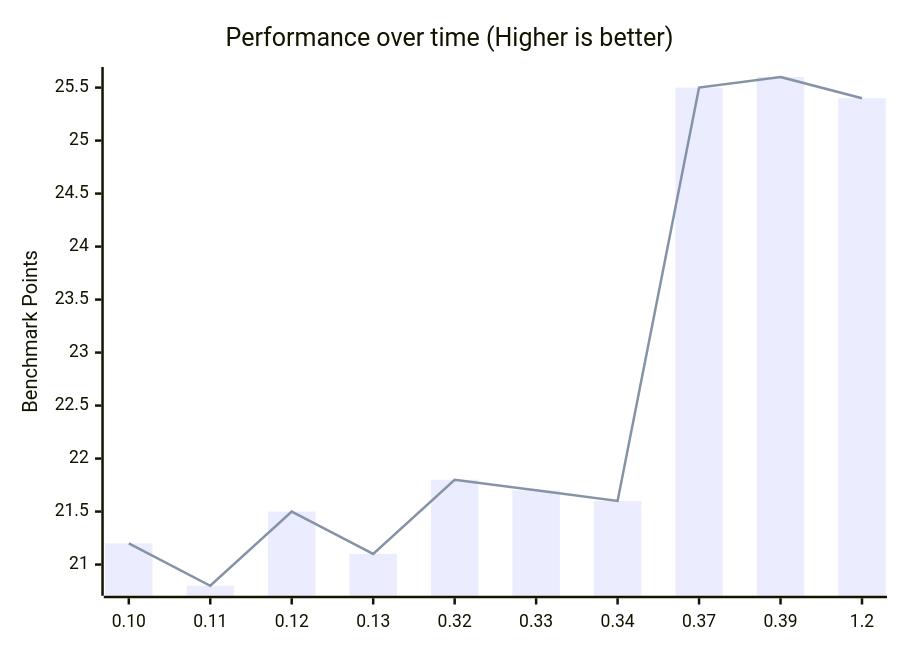
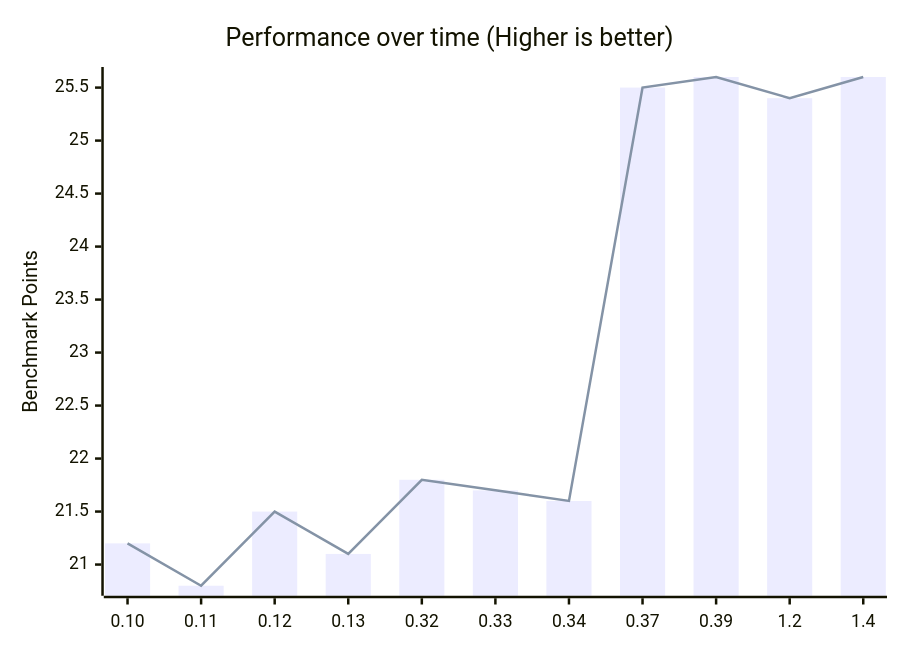
One commit to zen-browser/docs changed the first of 4 diagrams in content/benchmarks.md. Above: the diagram before and after it, drawn with Mermaid. The commit also changed other lines of this file, not shown here.

````diff
--- a/content/benchmarks.md
+++ b/content/benchmarks.md
@@ -37,8 +38,8 @@
 ```mermaid
 xychart-beta
     title "Performance over time (Higher is better)"
-    x-axis [0.10, 0.11, 0.12, 0.13, 0.32, 0.33, 0.34, 0.37, 0.39, 1.2]
+    x-axis [0.10, 0.11, 0.12, 0.13, 0.32, 0.33, 0.34, 0.37, 0.39, 1.2, 1.4]
     y-axis "Benchmark Points"
-    bar [21.2,20.8,21.5,21.1,21.8,21.7,21.6,25.5,25.6,25.4]
-    line [21.2,20.8,21.5,21.1,21.8,21.7,21.6,25.5,25.6,25.4]
+    bar [21.2,20.8,21.5,21.1,21.8,21.7,21.6,25.5,25.6,25.4,25.6]
+    line [21.2,20.8,21.5,21.1,21.8,21.7,21.6,25.5,25.6,25.4,25.6]
 ```
````
